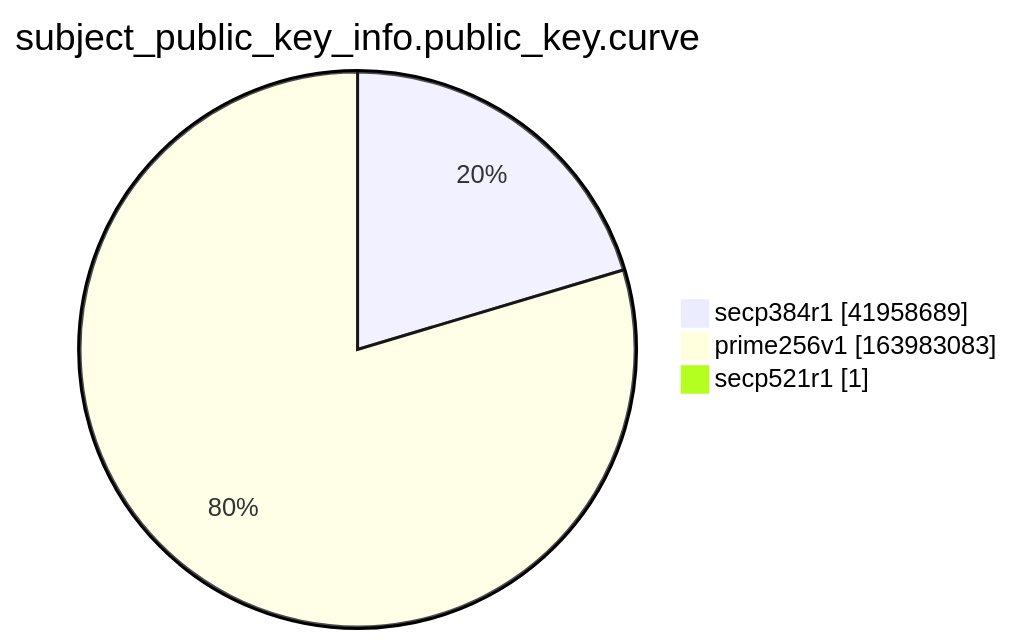
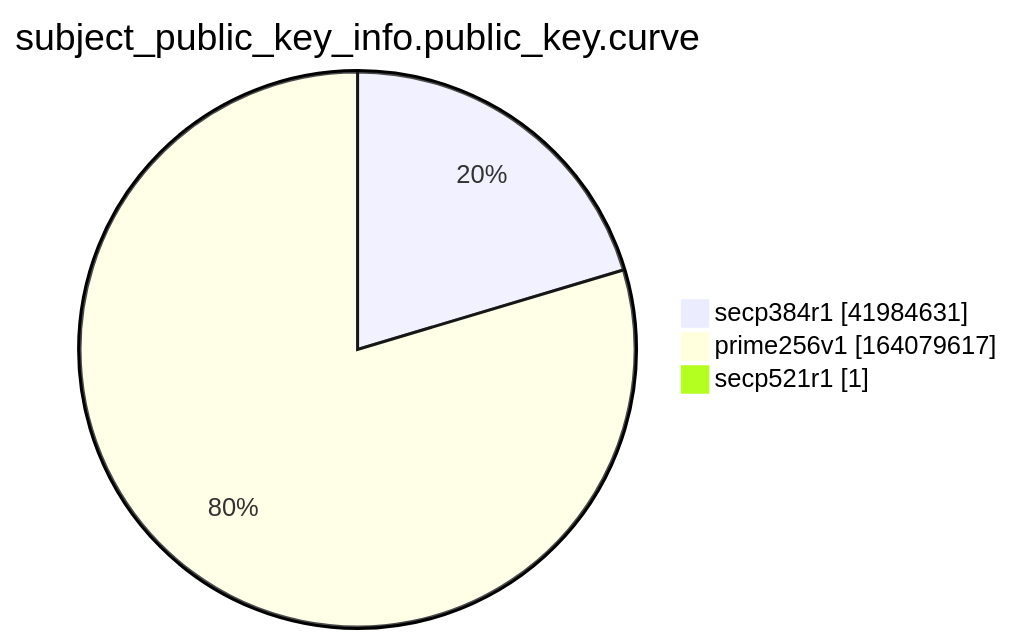
One commit to christiankrug/ctmonitor_visualization changed the ninth of 15 diagrams in xenon2022/README.md. Above: the diagram before and after it, drawn with Mermaid. The commit also changed other lines of this file, not shown here.

````diff
--- a/xenon2022/README.md
+++ b/xenon2022/README.md
@@ -2869,7 +2869,7 @@
 ```mermaid
 pie showData
 title subject_public_key_info.public_key.curve
-"secp384r1" :41958689
-"prime256v1" :163983083
+"secp384r1" :41984631
+"prime256v1" :164079617
 "secp521r1" :1
 ```
````
